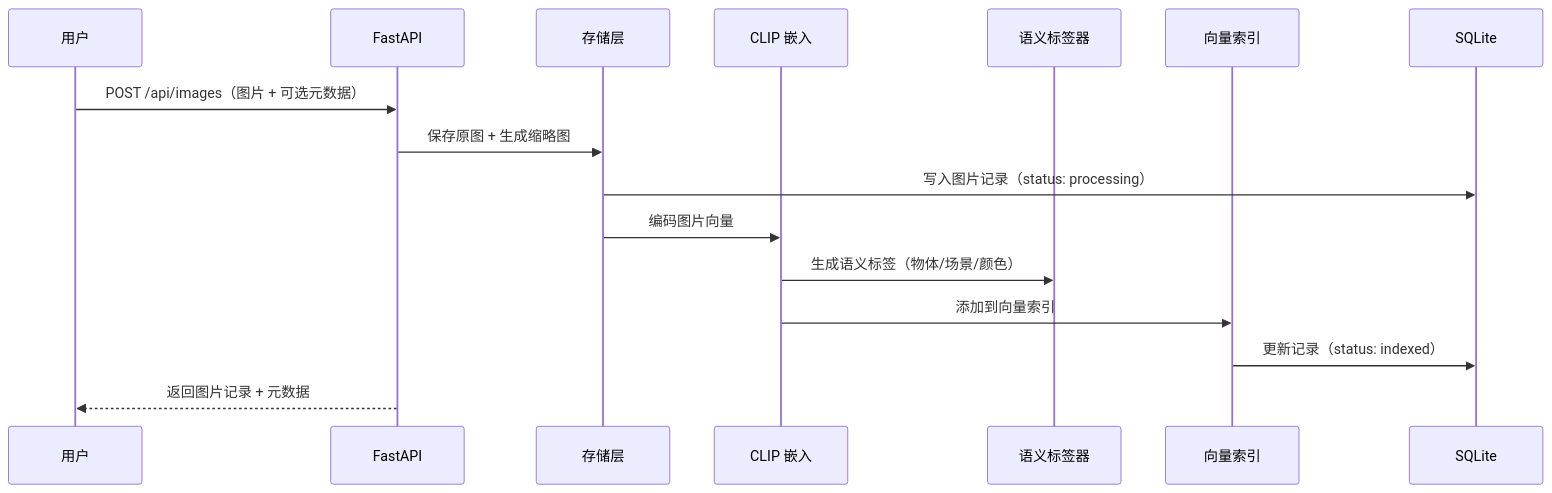
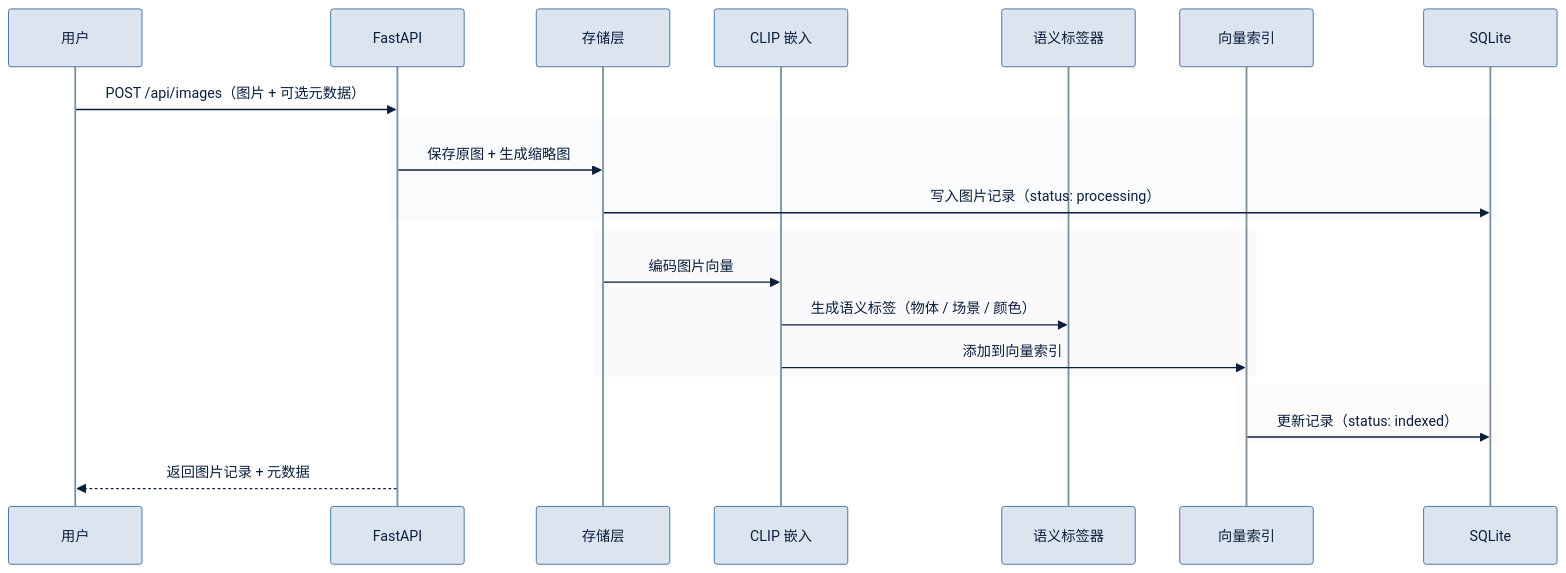
One commit to MangolDurian/RecallLens changed the second of 3 diagrams in README.md. Above: the diagram before and after it, drawn with Mermaid. The commit also changed other lines of this file and 1 other file, not shown here.

First line of the commit message:
优化 Mermaid 流程图样式：墨水/纸张色系 + 分层色卡

````diff
--- a/README.md
+++ b/README.md
@@ -73,19 +79,26 @@
 ```mermaid
+%%{init:{"theme":"base","themeVariables":{"primaryTextColor":"#0a1f3d","lineColor":"#7a8f9e","actorTextColor":"#0a1f3d","actorBkg":"#dce5ef","actorBorder":"#3a6b9f","actorLineColor":"#7a8f9e","noteBkgColor":"#f5f0eb","noteTextColor":"#0a1f3d","noteBorderColor":"#a09080","labelBoxBkgColor":"#e2e8f0","labelBoxBorderColor":"#4a6278","labelTextColor":"#0a1f3d","loopTextColor":"#0a1f3d","fontFamily":"system-ui,sans-serif","fontSize":"13px"}}}%%
 sequenceDiagram
     participant U as 用户
     participant API as FastAPI
     participant S as 存储层
     participant E as CLIP 嵌入
     participant L as 语义标签器
     participant V as 向量索引
     participant DB as SQLite
 
     U->>API: POST /api/images（图片 + 可选元数据）
-    API->>S: 保存原图 + 生成缩略图
-    S->>DB: 写入图片记录（status: processing）
-    S->>E: 编码图片向量
-    E->>L: 生成语义标签（物体/场景/颜色）
-    E->>V: 添加到向量索引
-    V->>DB: 更新记录（status: indexed）
+    rect rgba(220, 229, 239, 0.15)
+        API->>S: 保存原图 + 生成缩略图
+        S->>DB: 写入图片记录（status: processing）
+    end
+    rect rgba(230, 223, 232, 0.2)
+        S->>E: 编码图片向量
+        E->>L: 生成语义标签（物体 / 场景 / 颜色）
+        E->>V: 添加到向量索引
+    end
+    rect rgba(237, 232, 224, 0.15)
+        V->>DB: 更新记录（status: indexed）
+    end
     API-->>U: 返回图片记录 + 元数据
 ```
````
